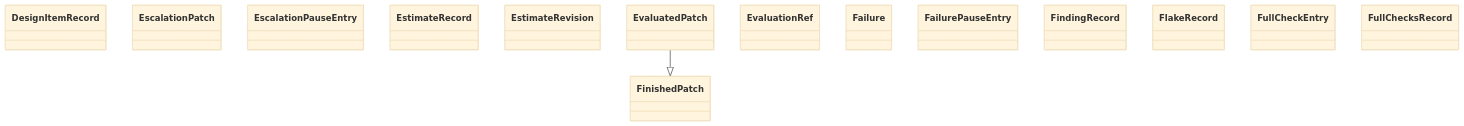
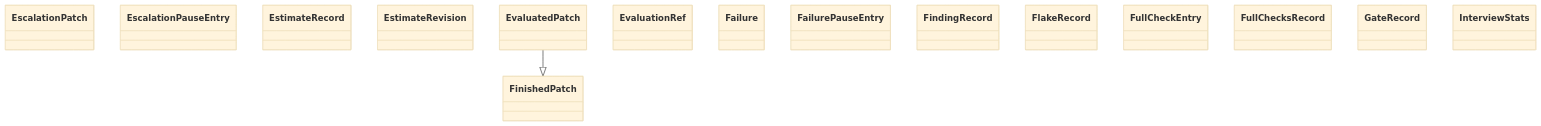
One commit to GonzaloZevallos/agentic-system changed the diagram in docs/architecture/generated/classes-process-domain-state-4.md. Above: the diagram before and after it, drawn with Mermaid (base theme). The commit also changed other lines of this file and 14 other files, not shown here.

````diff
--- a/docs/architecture/generated/classes-process-domain-state-4.md
+++ b/docs/architecture/generated/classes-process-domain-state-4.md
@@ -25,18 +25,19 @@
 ```mermaid
 classDiagram
-    class task__DesignItemRecord["DesignItemRecord"]
     class task__EscalationPatch["EscalationPatch"]
     class task__EscalationPauseEntry["EscalationPauseEntry"]
     class task__EstimateRecord["EstimateRecord"]
     class task__EstimateRevision["EstimateRevision"]
     class task__EvaluatedPatch["EvaluatedPatch"]
     class task__EvaluationRef["EvaluationRef"]
     class task__Failure["Failure"]
     class task__FailurePauseEntry["FailurePauseEntry"]
     class task__FindingRecord["FindingRecord"]
     class task__FinishedPatch["FinishedPatch"]
     class task__FlakeRecord["FlakeRecord"]
     class task__FullCheckEntry["FullCheckEntry"]
     class task__FullChecksRecord["FullChecksRecord"]
+    class task__GateRecord["GateRecord"]
+    class task__InterviewStats["InterviewStats"]
     task__EvaluatedPatch --|> task__FinishedPatch
 ```
````
